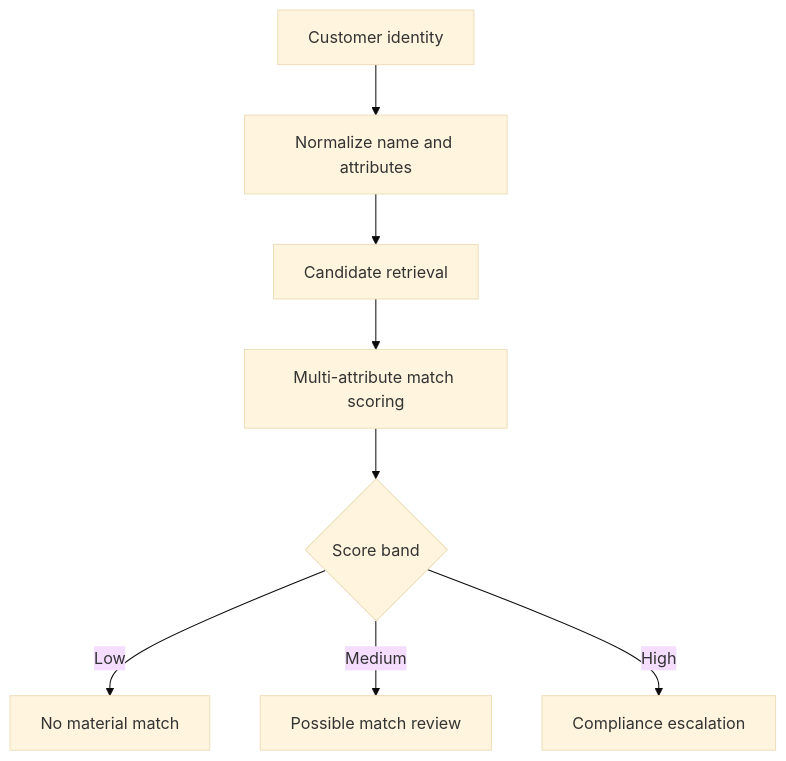
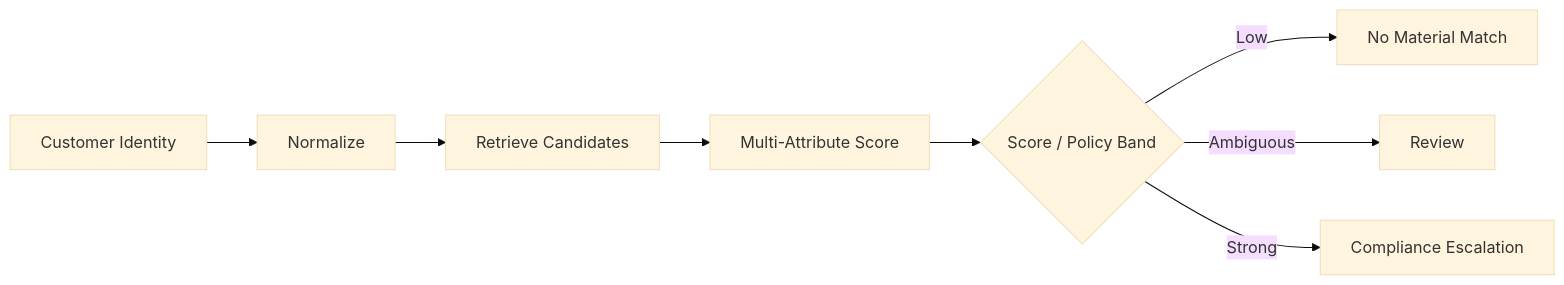
One commit to AvadhBhalodiya/Interview-Preparation changed the seventh of 9 diagrams in src/content/system-design/kyc-pipeline.md. Above: the diagram before and after it, drawn with Mermaid (base theme). The commit also changed other lines of this file and 54 other files, not shown here.

````diff
--- a/src/content/system-design/kyc-pipeline.md
+++ b/src/content/system-design/kyc-pipeline.md
@@ -708,10 +505,10 @@
 ```mermaid
-flowchart TD
-    INPUT[Customer identity] --> NORMALIZE[Normalize name and attributes]
-    NORMALIZE --> CANDIDATES[Candidate retrieval]
-    CANDIDATES --> SCORE[Multi-attribute match scoring]
-    SCORE --> THRESHOLD{Score band}
-    THRESHOLD -- Low --> CLEAR[No material match]
-    THRESHOLD -- Medium --> REVIEW[Possible match review]
-    THRESHOLD -- High --> ESCALATE[Compliance escalation]
+flowchart LR
+    I[Customer Identity] --> N[Normalize]
+    N --> C[Retrieve Candidates]
+    C --> S[Multi-Attribute Score]
+    S --> B{Score / Policy Band}
+    B -->|Low| CLEAR[No Material Match]
+    B -->|Ambiguous| REVIEW[Review]
+    B -->|Strong| ESC[Compliance Escalation]
 ```
````
